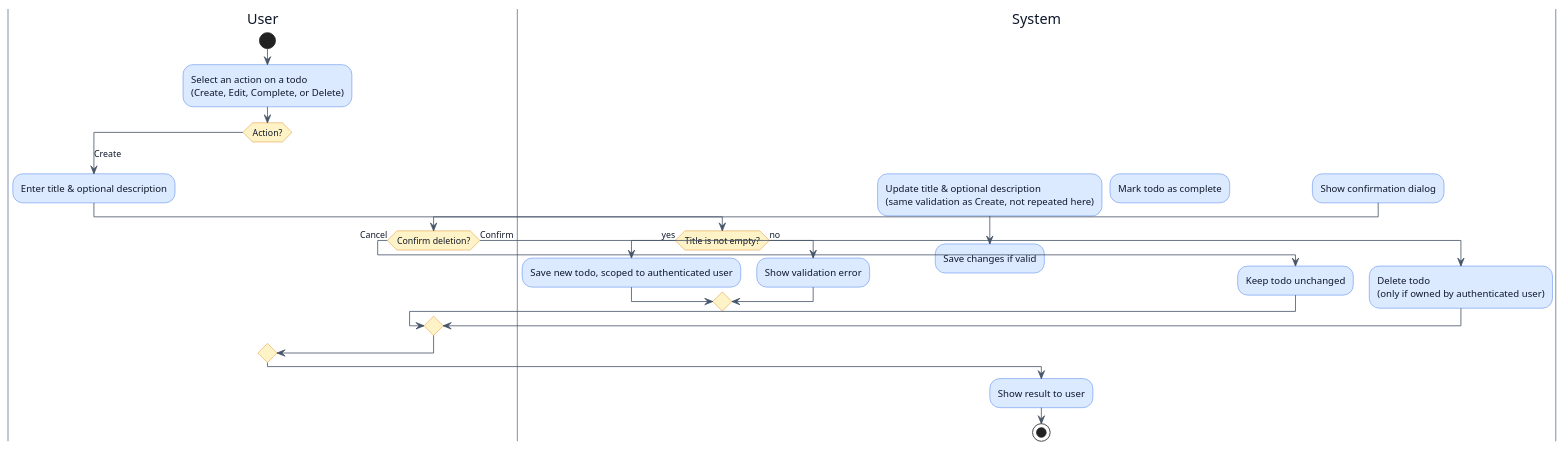
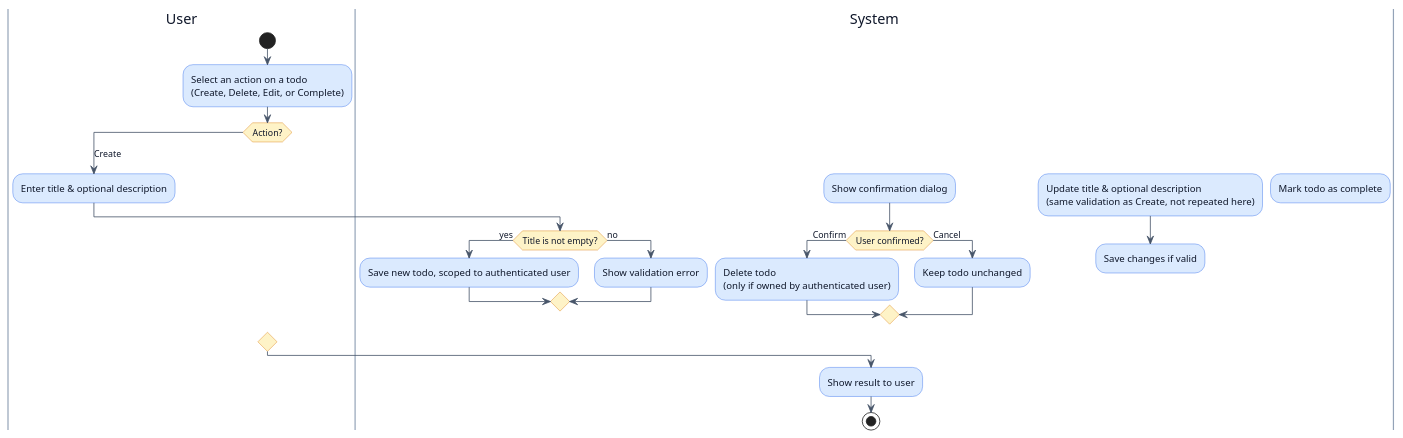
Before and after one commit to se-polinema/se-polinema.github.io: the third of 14 diagrams in src/content/blog/skripsi-series-part-4-analisis-dan-perancangan.md, drawn with PlantUML. The commit also changed other lines of this file and 2 other files, not shown here.

Commit message:
Fix line/box overlap in Manage Todos activity diagram
The Delete branch's confirmation decision lived alone in the User
swimlane while its outcomes lived in System, forcing the connector to
cross the full diagram width through unrelated boxes. Move the whole
Delete branch into the System lane so the decision sits directly above
its own outcomes, and reorder the switch to put Delete next to Create.

````diff
--- a/src/content/blog/skripsi-series-part-4-analisis-dan-perancangan.md
+++ b/src/content/blog/skripsi-series-part-4-analisis-dan-perancangan.md
@@ -328,56 +328,53 @@
 ```plantuml
 @startuml
 skinparam backgroundColor #FFFFFF
 skinparam swimlane {
   BorderColor #94a3b8
   TitleFontColor #0f172a
 }
 skinparam activity {
   BackgroundColor #dbeafe
   BorderColor #2563eb
   FontColor #0f172a
   DiamondBackgroundColor #fef3c7
   DiamondBorderColor #d97706
 }
 skinparam arrow {
   Color #475569
   FontColor #0f172a
 }
 
 |User|
 start
-:Select an action on a todo\n(Create, Edit, Complete, or Delete);
+:Select an action on a todo\n(Create, Delete, Edit, or Complete);
 
 switch (Action?)
 case (Create)
   :Enter title & optional description;
   |System|
   if (Title is not empty?) then (yes)
     :Save new todo, scoped to authenticated user;
   else (no)
     :Show validation error;
   endif
+case (Delete)
+  |System|
+  :Show confirmation dialog;
+  if (User confirmed?) then (Confirm)
+    :Delete todo\n(only if owned by authenticated user);
+  else (Cancel)
+    :Keep todo unchanged;
+  endif
 case (Edit)
   :Update title & optional description\n(same validation as Create, not repeated here);
   |System|
   :Save changes if valid;
 case (Complete)
   |System|
   :Mark todo as complete;
-case (Delete)
-  |System|
-  :Show confirmation dialog;
-  |User|
-  if (Confirm deletion?) then (Cancel)
-    |System|
-    :Keep todo unchanged;
-  else (Confirm)
-    |System|
-    :Delete todo\n(only if owned by authenticated user);
-  endif
 endswitch
 
 :Show result to user;
 stop
 @enduml
 ```
````
